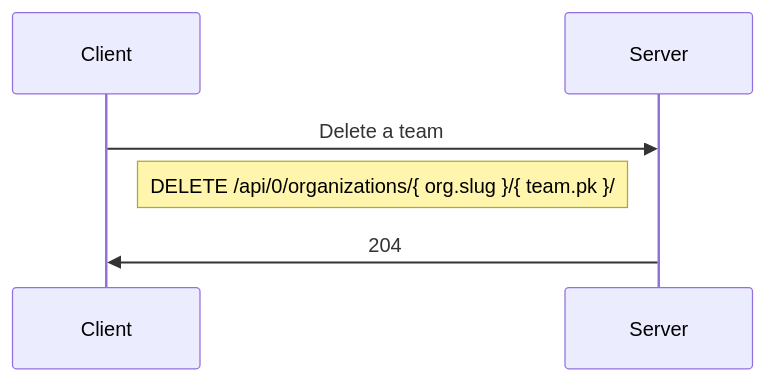
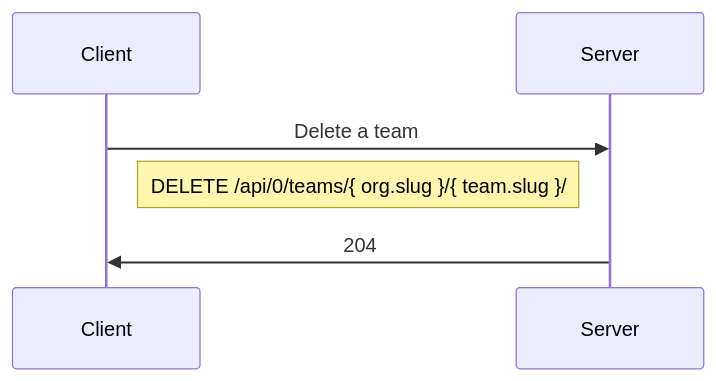
Before and after one commit to coleenquadros/configuration: the seventh of 16 diagrams in docs/app-sre/design-docs/glitchtip.md, drawn with Mermaid.

Commit message:
glitchtip design-doc: update team deletion rest api url

````diff
--- a/docs/app-sre/design-docs/glitchtip.md
+++ b/docs/app-sre/design-docs/glitchtip.md
@@ -309,9 +309,9 @@
 ```mermaid
 sequenceDiagram
     participant C as Client
     participant S as Server
 
     C ->> S: Delete a team
-    Note right of C: DELETE /api/0/organizations/{ org.slug }/{ team.pk }/
+    Note right of C: DELETE /api/0/teams/{ org.slug }/{ team.slug }/
     S ->> C: 204
 ```
````
